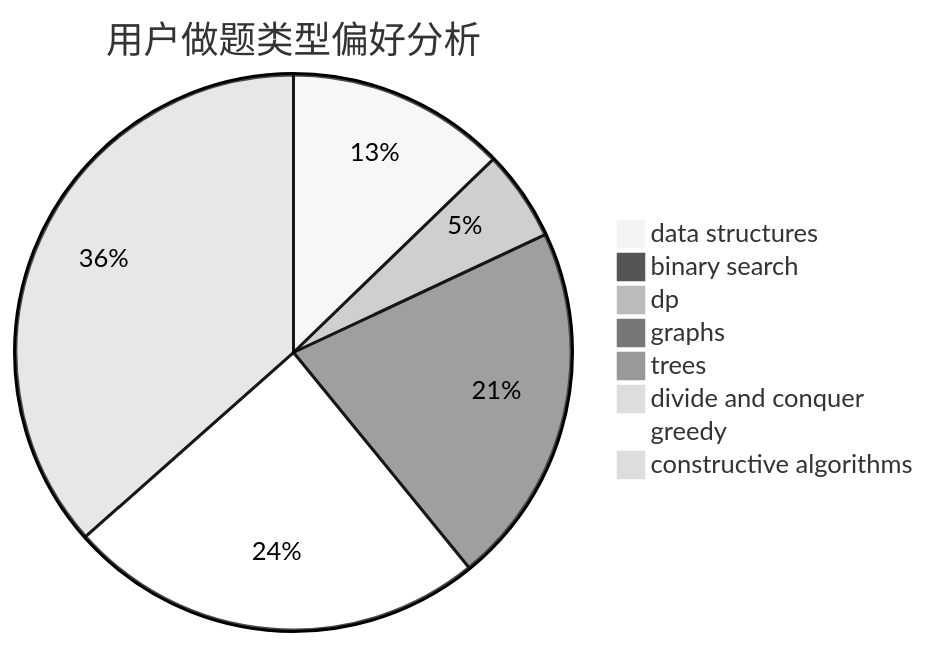
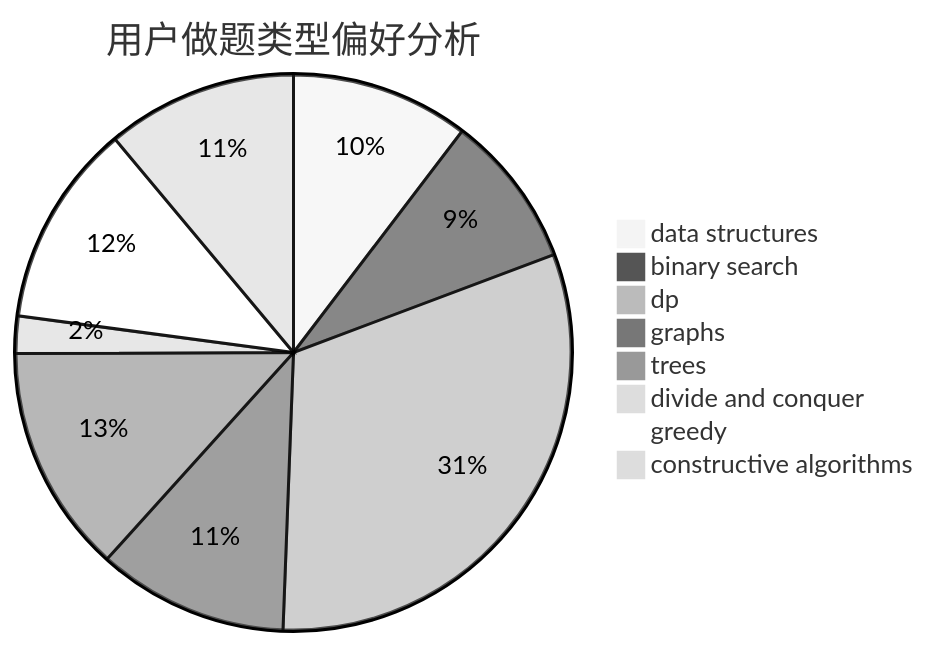
Before and after one commit to sherpahu/cfrs.github.io: the second of 3 diagrams in docs/user/u1192.md, drawn with Mermaid (neutral theme). The commit also changed other lines of this file and 2770 other files, not shown here.

````diff
--- a/docs/user/u1192.md
+++ b/docs/user/u1192.md
@@ -23,11 +23,11 @@
 ```mermaid
 pie title 用户做题类型偏好分析
-    "data structures" :  109
-    "binary search" :  1
-    "dp" :  45
-    "graphs" :  180
-    "trees" :  8
-    "divide and conquer" :  0
-    "greedy" :  208
-    "constructive algorithms" :  312
+    "data structures" :  43
+    "binary search" :  37
+    "dp" :  130
+    "graphs" :  46
+    "trees" :  55
+    "divide and conquer" :  9
+    "greedy" :  49
+    "constructive algorithms" :  46
 ```
````
